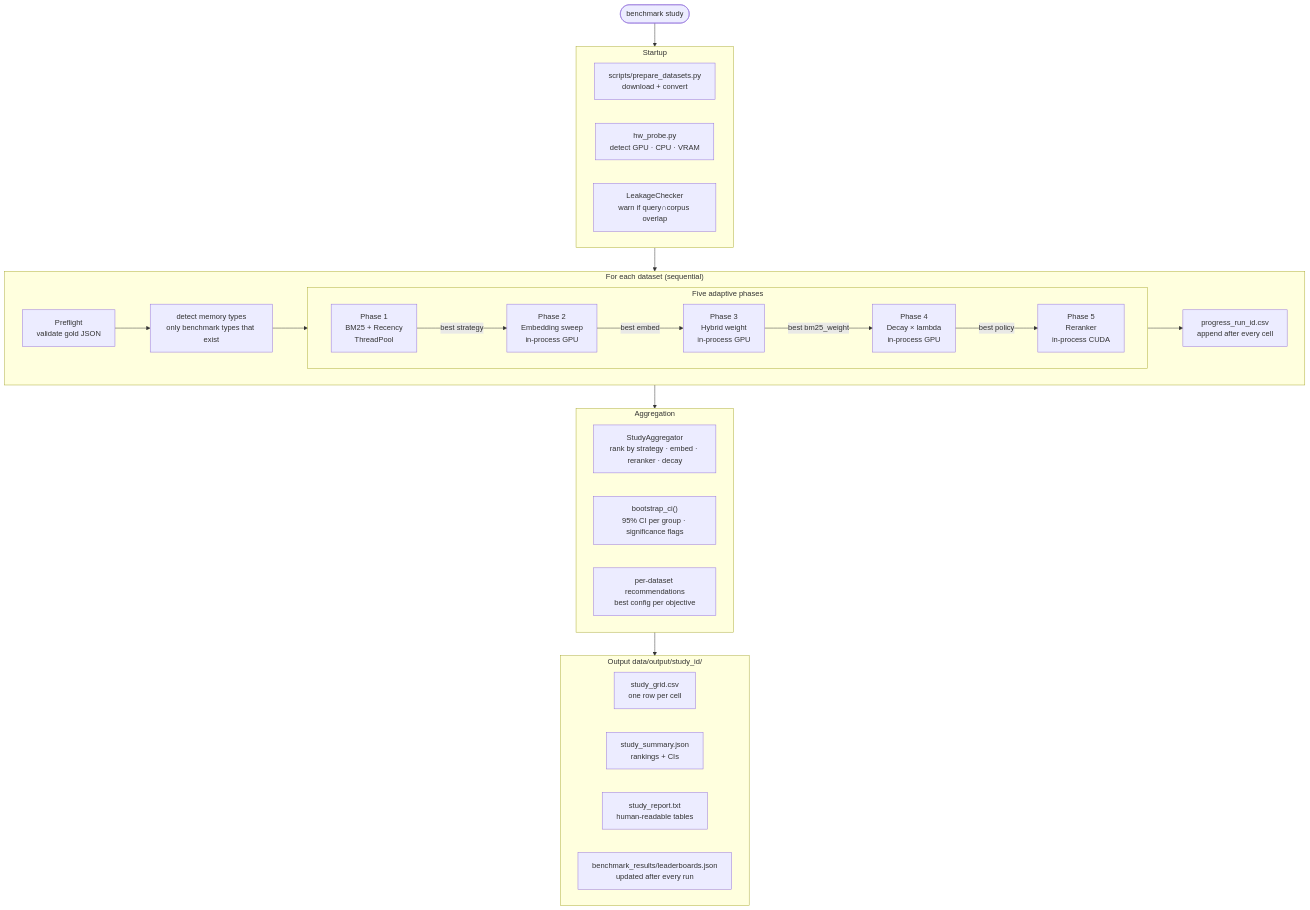
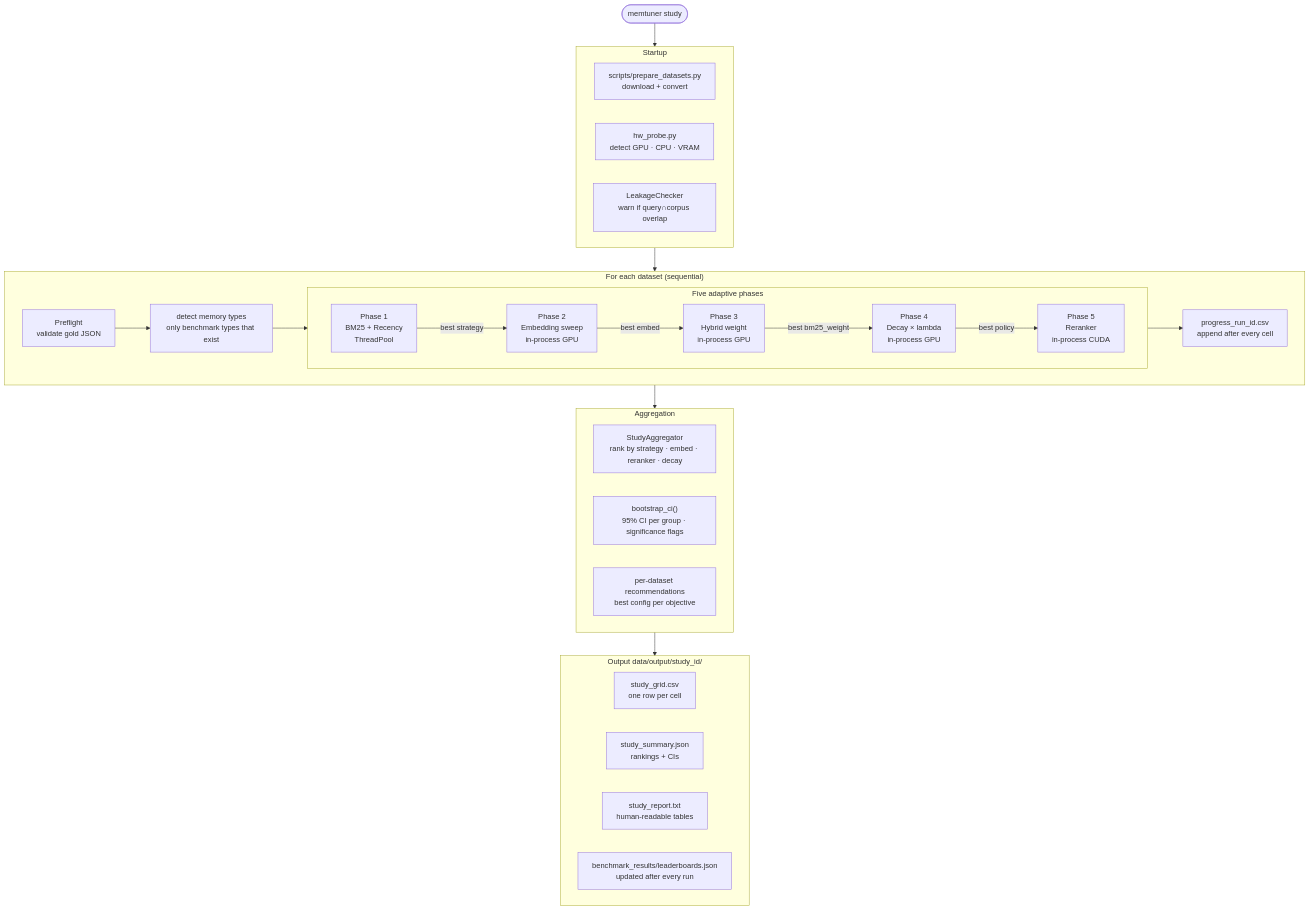
Before and after one commit to karangehlod/memtuner: the third of 6 diagrams in README.md, drawn with Mermaid. The commit also changed other lines of this file and 3 other files, not shown here.

````diff
--- a/README.md
+++ b/README.md
@@ -828,52 +830,52 @@
 ```mermaid
 flowchart TD
-    START([benchmark study]) --> PRE
+    START([memtuner study]) --> PRE
 
     subgraph PRE["Startup"]
         DL["scripts/prepare_datasets.py\ndownload + convert"]
         HWP["hw_probe.py\ndetect GPU · CPU · VRAM"]
         LEAK["LeakageChecker\nwarn if query∩corpus overlap"]
     end
 
     PRE --> LOOP
 
     subgraph LOOP["For each dataset (sequential)"]
         PF["Preflight\nvalidate gold JSON"]
         MT["detect memory types\nonly benchmark types that exist"]
 
         subgraph PHASES["Five adaptive phases"]
             direction LR
             PH1["Phase 1\nBM25 + Recency\nThreadPool"]
             PH2["Phase 2\nEmbedding sweep\nin-process GPU"]
             PH3["Phase 3\nHybrid weight\nin-process GPU"]
             PH4["Phase 4\nDecay × lambda\nin-process GPU"]
             PH5["Phase 5\nReranker\nin-process CUDA"]
 
             PH1 -->|best strategy| PH2
             PH2 -->|best embed| PH3
             PH3 -->|best bm25_weight| PH4
             PH4 -->|best policy| PH5
         end
 
         CKPT["progress_run_id.csv\nappend after every cell"]
 
         PF --> MT --> PHASES --> CKPT
     end
 
     LOOP --> AGG
 
     subgraph AGG["Aggregation"]
         RANK["StudyAggregator\nrank by strategy · embed · reranker · decay"]
         CI["bootstrap_ci()\n95% CI per group · significance flags"]
         RECS["per-dataset recommendations\nbest config per objective"]
     end
 
     AGG --> OUT
 
     subgraph OUT["Output  data/output/study_id/"]
         CSV["study_grid.csv\none row per cell"]
         JSON["study_summary.json\nrankings + CIs"]
         TXT["study_report.txt\nhuman-readable tables"]
         LB["benchmark_results/leaderboards.json\nupdated after every run"]
     end
 ```
````
